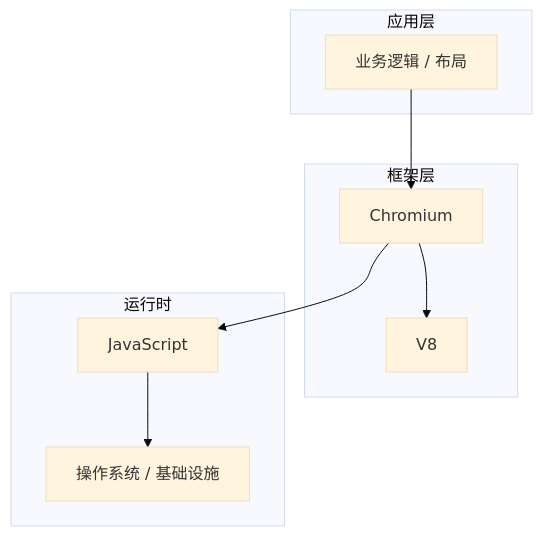
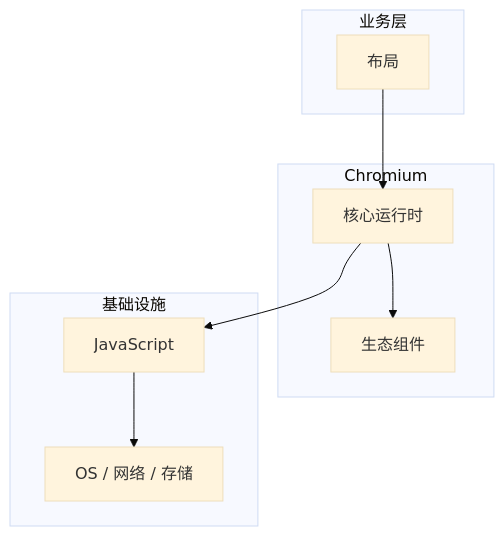
One commit to yanggan2015/knowledge-json-v2 changed the diagram in articles/浏览器原理/chapters/025-布局核心概念与原理.md. Above: the diagram before and after it, drawn with Mermaid (base theme). The commit also changed other lines of this file and 10127 other files, not shown here.

````diff
--- a/articles/浏览器原理/chapters/025-布局核心概念与原理.md
+++ b/articles/浏览器原理/chapters/025-布局核心概念与原理.md
@@ -45,18 +34,18 @@
 ```mermaid
 graph TB
-    subgraph 应用层
-        A[业务逻辑 / 布局]
+    subgraph 业务层
+        A[布局]
     end
-    subgraph 框架层
-        B[Chromium]
-        C[V8]
+    subgraph Chromium
+        B[核心运行时]
+        C[生态组件]
     end
-    subgraph 运行时
+    subgraph 基础设施
         D[JavaScript]
-        E[操作系统 / 基础设施]
+        E[OS / 网络 / 存储]
     end
     A --> B
     B --> C
     B --> D
     D --> E
 ```
````
